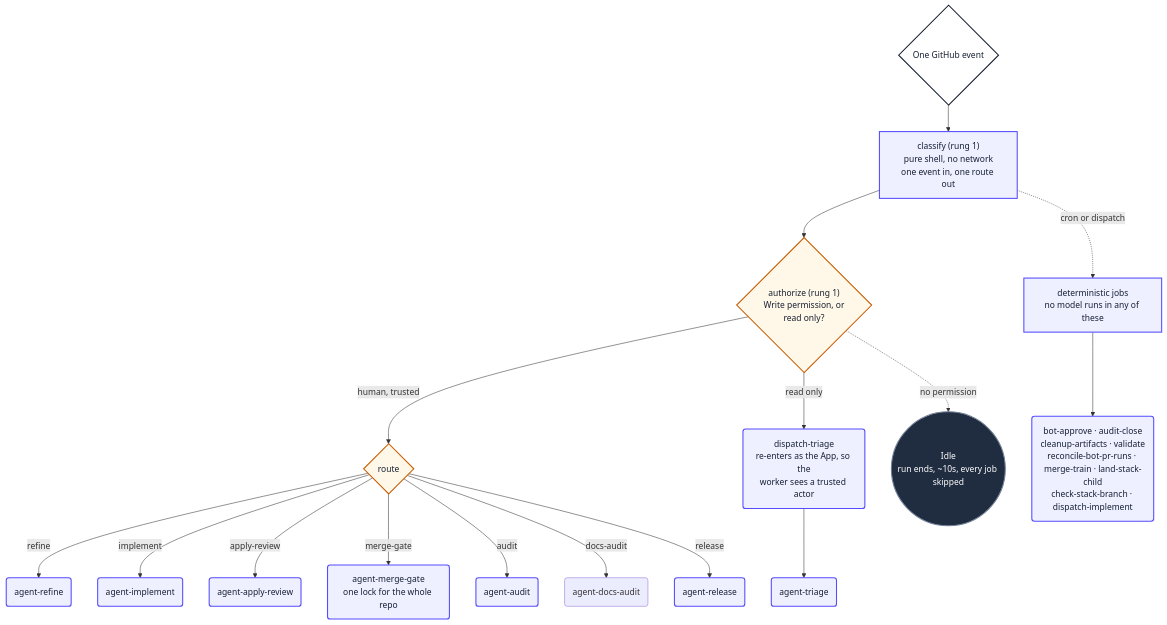
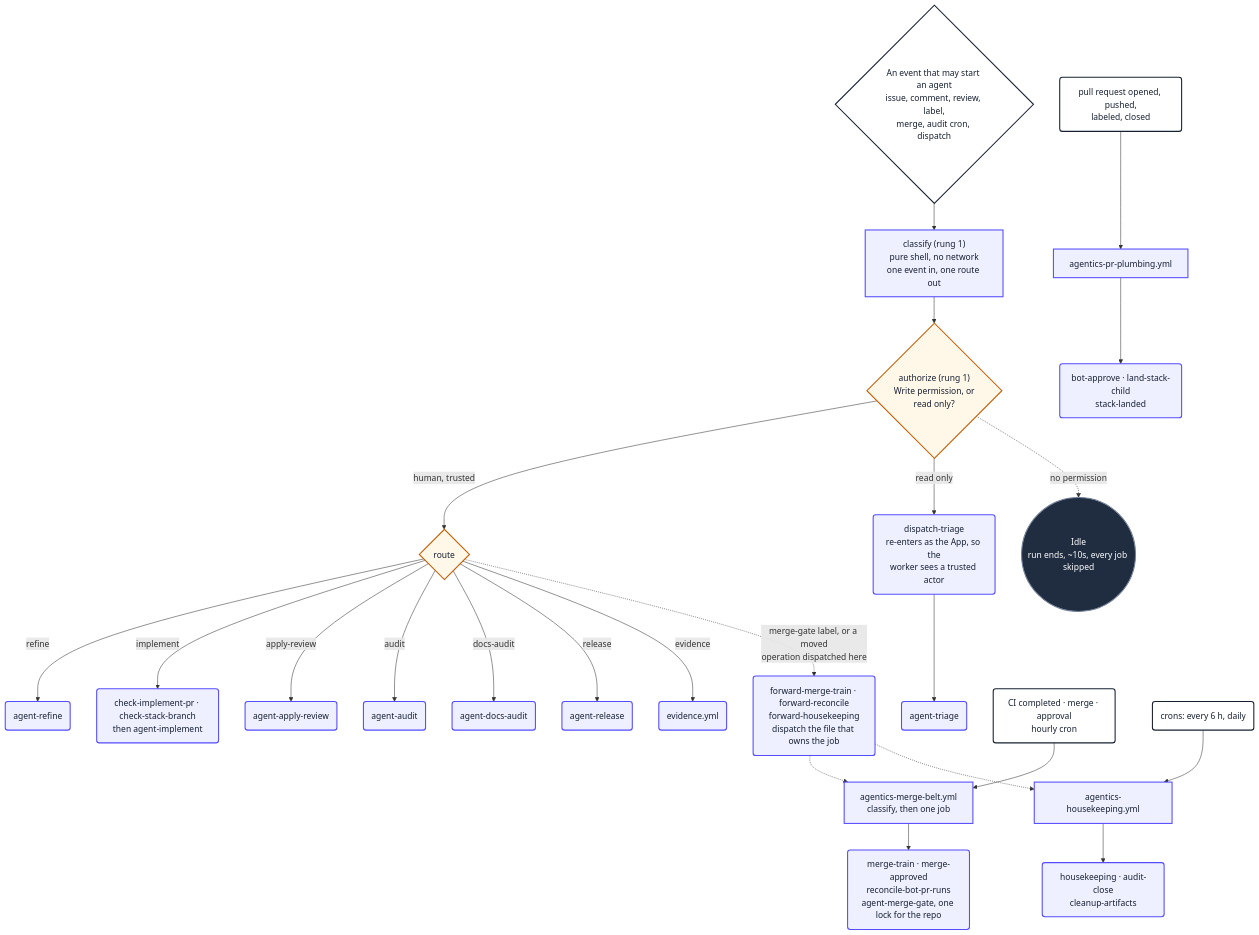
One commit to PlainConceptsPlatform/agentic-workflows changed the first of 16 diagrams in loops/docs/diagrams.md. Above: the diagram before and after it, drawn with Mermaid. The commit also changed other lines of this file and 3 other files, not shown here.

First line of the commit message:
docs: draw the router split in the diagrams and the Pages site

````diff
--- a/loops/docs/diagrams.md
+++ b/loops/docs/diagrams.md
@@ -38,38 +42,48 @@
 ```mermaid
 flowchart TD
-    ev{"One GitHub event"} --> classify
+    ev{"An event that may start an agent<br/>issue, comment, review, label,<br/>merge, audit cron, dispatch"} --> classify
     classify["classify (rung 1)<br/>pure shell, no network<br/>one event in, one route out"] --> authorize
     authorize{"authorize (rung 1)<br/>Write permission, or<br/>read only?"}
     authorize -->|"human, trusted"| work
     authorize -->|"read only"| triageOnly
     authorize -.->|"no permission"| idle
     work{"route"} -->|refine| wRefine
     work -->|implement| wImpl
     work -->|apply-review| wReview
-    work -->|merge-gate| wGate
     work -->|audit| wAudit
     work -->|docs-audit| wDocs
     work -->|release| wRelease
+    work -->|evidence| wEvidence
     triageOnly("dispatch-triage<br/>re-enters as the App, so the<br/>worker sees a trusted actor") --> wTriage
     wRefine("agent-refine")
-    wImpl("agent-implement")
+    wImpl("check-implement-pr · check-stack-branch<br/>then agent-implement")
     wReview("agent-apply-review")
-    wGate("agent-merge-gate<br/>one lock for the whole repo")
     wAudit("agent-audit")
     wDocs("agent-docs-audit")
     wRelease("agent-release")
+    wEvidence("evidence.yml")
     wTriage("agent-triage")
-    classify -.->|"cron or dispatch"| plumbing
-    plumbing["deterministic jobs<br/>no model runs in any of these"] --> pJobs
-    pJobs("bot-approve · audit-close<br/>cleanup-artifacts · validate<br/>reconcile-bot-pr-runs · merge-train · land-stack-child<br/>check-stack-branch · dispatch-implement")
+    work -.->|"merge-gate label, or a moved<br/>operation dispatched here"| fwd
+    fwd("forward-merge-train · forward-reconcile<br/>forward-housekeeping<br/>dispatch the file that owns the job")
+    fwd -.-> belt
+    fwd -.-> hk
+    evBelt("CI completed · merge · approval<br/>hourly cron") --> belt
+    belt["agentics-merge-belt.yml<br/>classify, then one job"] --> beltJobs
+    beltJobs("merge-train · merge-approved<br/>reconcile-bot-pr-runs<br/>agent-merge-gate, one lock for the repo")
+    evHk("crons: every 6 h, daily") --> hk
+    hk["agentics-housekeeping.yml"] --> hkJobs
+    hkJobs("housekeeping · audit-close<br/>cleanup-artifacts")
+    evPp("pull request opened, pushed,<br/>labeled, closed") --> pp
+    pp["agentics-pr-plumbing.yml"] --> ppJobs
+    ppJobs("bot-approve · land-stack-child<br/>stack-landed")
     idle(("Idle<br/>run ends, ~10s, every job skipped"))
 
     classDef start fill:#ffffff,stroke:#172033,stroke-width:2px,color:#172033
     classDef action fill:#eef0ff,stroke:#554cff,stroke-width:2px,color:#172033
     classDef decision fill:#fff8e8,stroke:#c75b00,stroke-width:2px,color:#172033
     classDef idle fill:#202c40,stroke:#738198,stroke-width:2px,color:#ffffff
-    class ev start
-    class classify,triageOnly,plumbing,pJobs,wRefine,wImpl,wReview,wGate,wAudit,wRelease,wTriage action
+    class ev,evBelt,evHk,evPp start
+    class classify,triageOnly,fwd,belt,beltJobs,hk,hkJobs,pp,ppJobs,wRefine,wImpl,wReview,wAudit,wDocs,wRelease,wEvidence,wTriage action
     class authorize,work decision
     class idle idle
 ```
````
